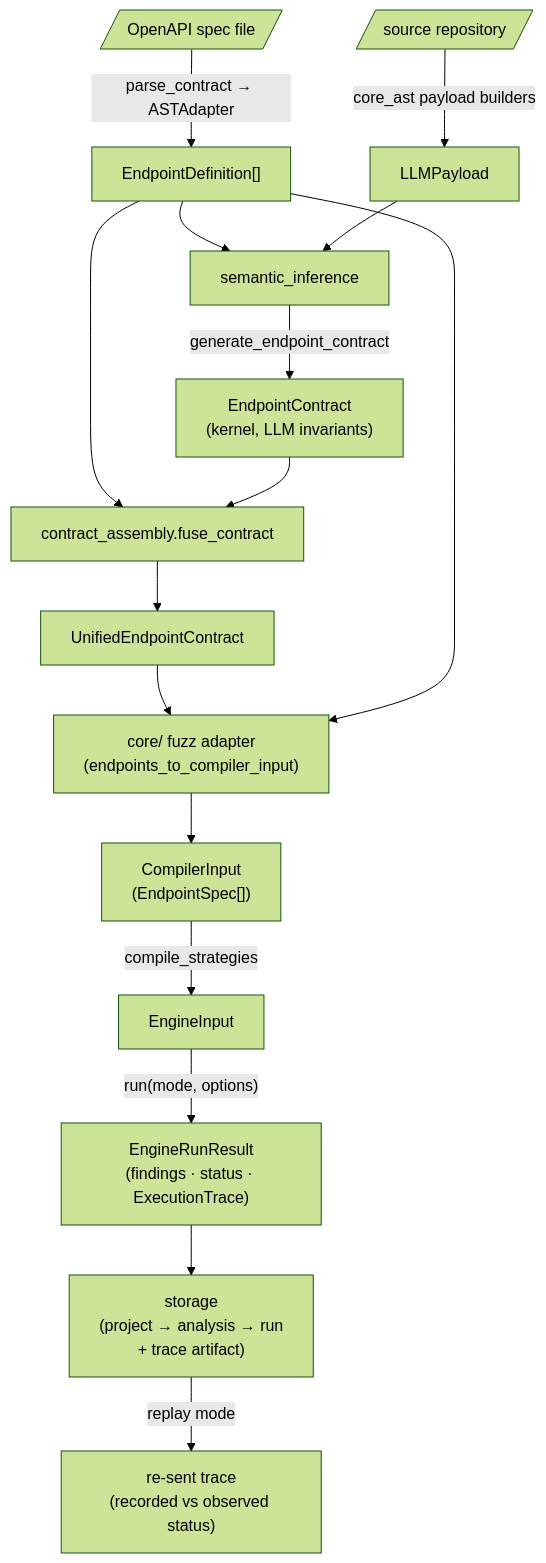
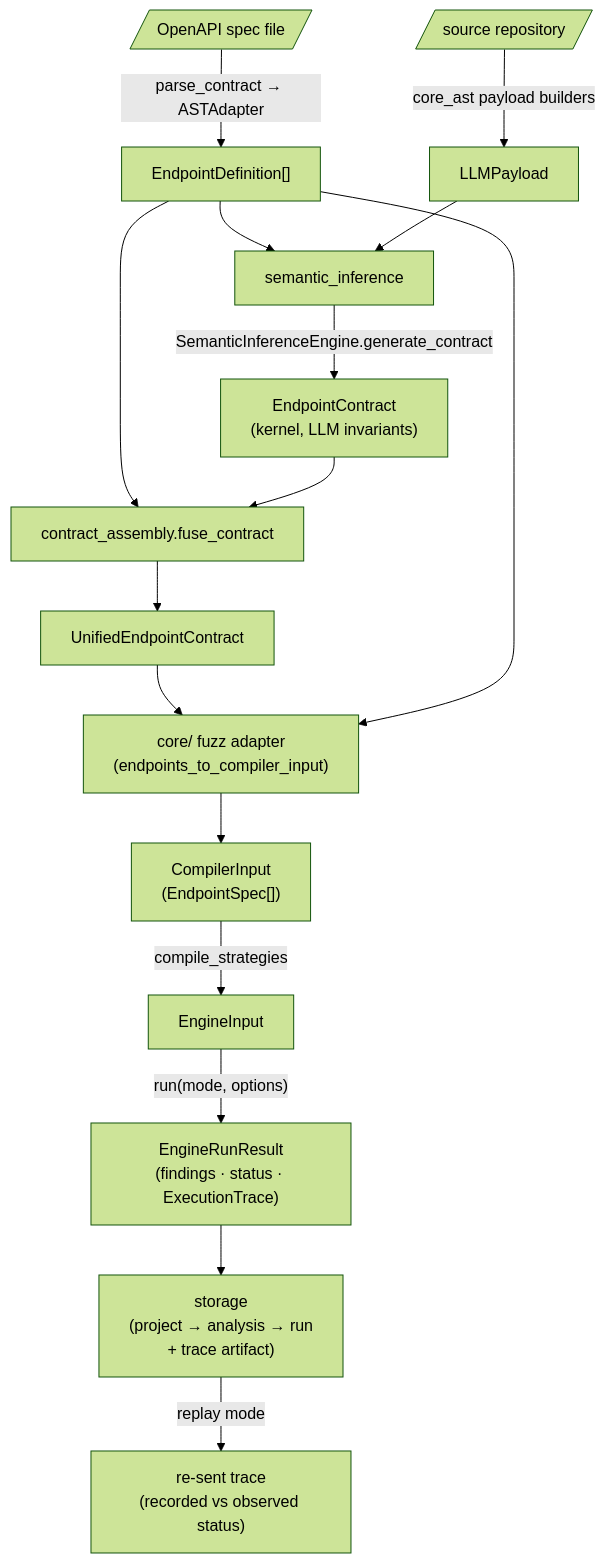
Before and after one commit to Spec-Forge-Testing/specforge-docs: the diagram in docs/architecture/data-flow.md, drawn with Mermaid (forest theme). The commit also changed other lines of this file and 10 other files, not shown here.

````diff
--- a/docs/architecture/data-flow.md
+++ b/docs/architecture/data-flow.md
@@ -13,26 +13,26 @@
 ```mermaid
 flowchart TD
     OAS[/OpenAPI spec file/]
     SRC[/source repository/]
 
     OAS -->|"parse_contract → ASTAdapter"| ED["EndpointDefinition[]"]
     SRC -->|"core_ast payload builders"| PAY["LLMPayload"]
 
     ED --> SI["semantic_inference"]
     PAY --> SI
-    SI -->|"generate_endpoint_contract"| EC["EndpointContract<br/>(kernel, LLM invariants)"]
+    SI -->|"SemanticInferenceEngine.generate_contract"| EC["EndpointContract<br/>(kernel, LLM invariants)"]
 
     ED --> FUSE["contract_assembly.fuse_contract"]
     EC --> FUSE
     FUSE --> UEC["UnifiedEndpointContract"]
 
     UEC --> ADP["core/ fuzz adapter<br/>(endpoints_to_compiler_input)"]
     ED --> ADP
     ADP --> CI["CompilerInput<br/>(EndpointSpec[])"]
 
     CI -->|"compile_strategies"| EI["EngineInput"]
     EI -->|"run(mode, options)"| ERR["EngineRunResult<br/>(findings · status · ExecutionTrace)"]
 
     ERR --> PERS["storage<br/>(project → analysis → run<br/>+ trace artifact)"]
     PERS -->|"replay mode"| RE["re-sent trace<br/>(recorded vs observed status)"]
 ```
````
